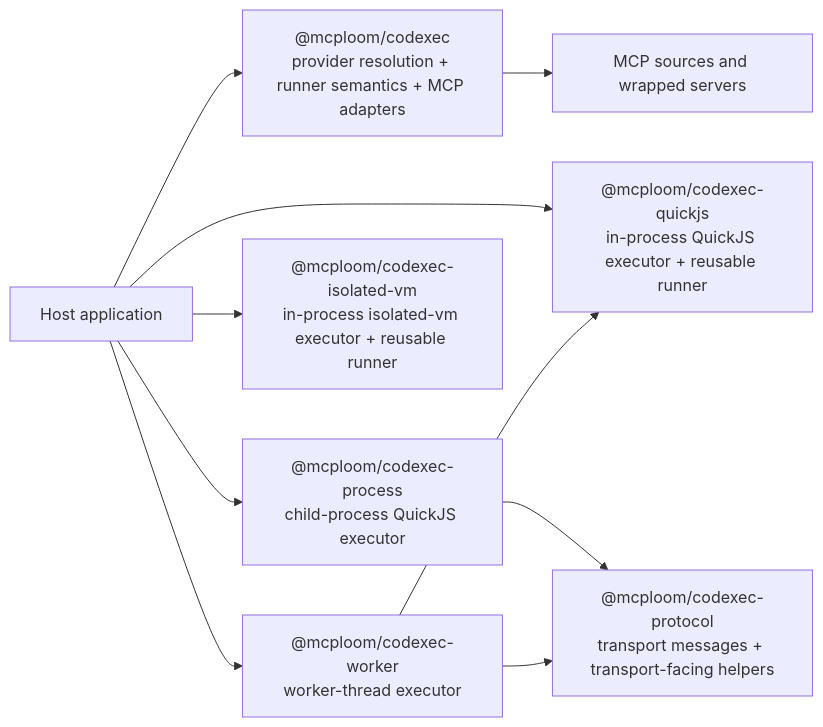
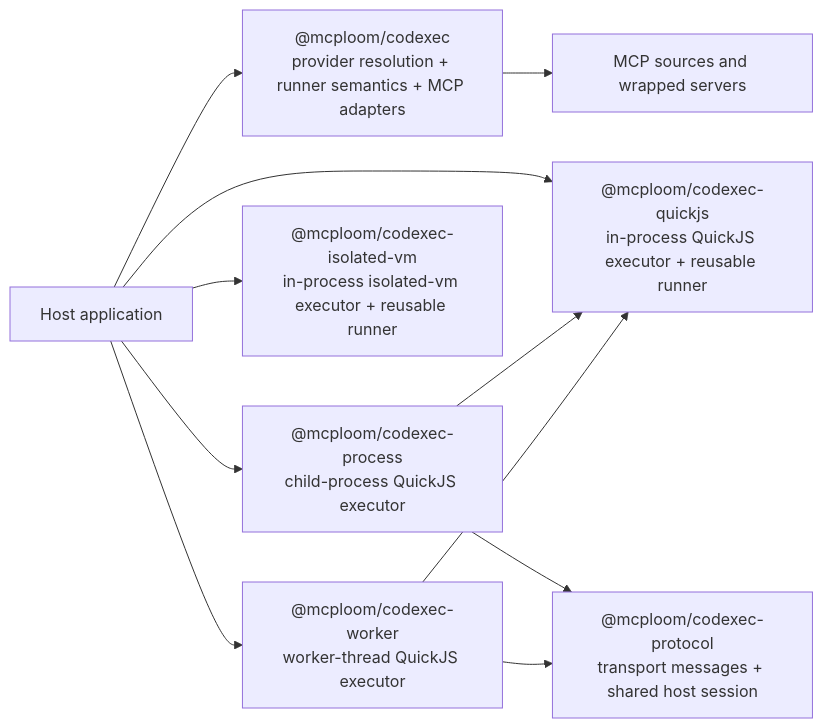
One commit to aallam/mcploom changed the first of 3 diagrams in docs/codexec/architecture/README.md. Above: the diagram before and after it, drawn with Mermaid. The commit also changed other lines of this file and 28 other files, not shown here.

Commit message:
refactor(codexec): unify local transport-backed executors (#17)

````diff
--- a/docs/codexec/architecture/README.md
+++ b/docs/codexec/architecture/README.md
@@ -19,21 +19,22 @@
 ```mermaid
 flowchart LR
     APP["Host application"]
     CORE["@mcploom/codexec<br/>provider resolution + runner semantics + MCP adapters"]
     QJS["@mcploom/codexec-quickjs<br/>in-process QuickJS executor + reusable runner"]
     PROC["@mcploom/codexec-process<br/>child-process QuickJS executor"]
     IVM["@mcploom/codexec-isolated-vm<br/>in-process isolated-vm executor + reusable runner"]
-    PROTO["@mcploom/codexec-protocol<br/>transport messages + transport-facing helpers"]
-    WORKER["@mcploom/codexec-worker<br/>worker-thread executor"]
+    PROTO["@mcploom/codexec-protocol<br/>transport messages + shared host session"]
+    WORKER["@mcploom/codexec-worker<br/>worker-thread QuickJS executor"]
     MCP["MCP sources and wrapped servers"]
 
     APP --> CORE
     APP --> QJS
     APP --> PROC
     APP --> IVM
     APP --> WORKER
     CORE --> MCP
     PROC --> PROTO
     WORKER --> PROTO
+    PROC --> QJS
     WORKER --> QJS
 ```
````
